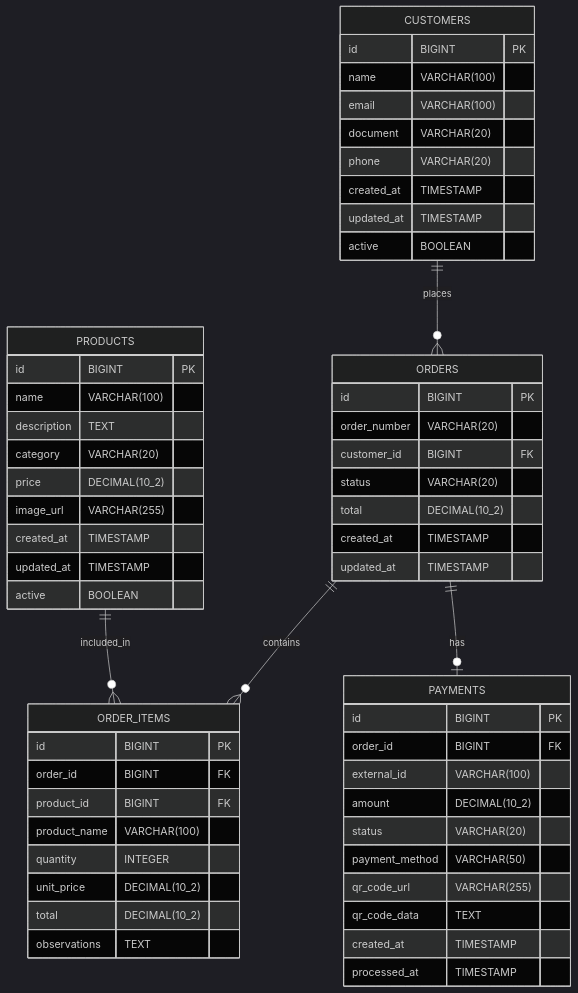
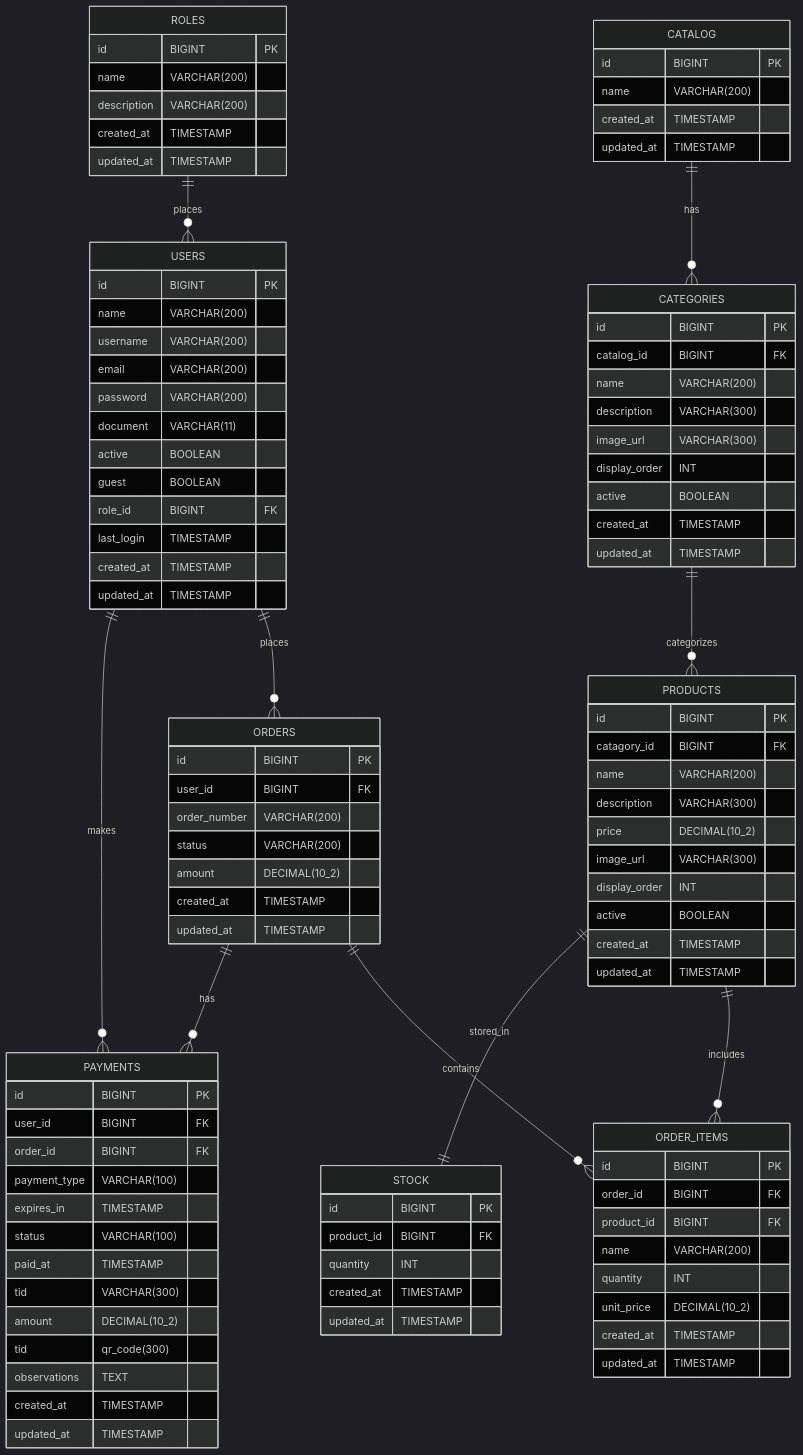
The ninth of 9 diagrams in README.md (FIAP-SOAT-TECH-TEAM/foodcore-api), drawn with Mermaid (dark theme) before and after one commit.

Commit message:
doc: corrige o MER

````diff
--- a/README.md
+++ b/README.md
@@ -721,39 +721,44 @@
 ```mermaid
 erDiagram
-    CUSTOMERS ||--o{ ORDERS : places
-    PRODUCTS ||--o{ ORDER_ITEMS : included_in
+    USERS ||--o{ ORDERS : places
+    USERS ||--o{ PAYMENTS : makes
+    ROLES ||--o{ USERS : places
     ORDERS ||--o{ ORDER_ITEMS : contains
-    ORDERS ||--o| PAYMENTS : has
+    PRODUCTS ||--o{ ORDER_ITEMS : includes
+    PRODUCTS ||--|| STOCK : stored_in
+    CATALOG ||--o{ CATEGORIES : has
+    CATEGORIES ||--o{ PRODUCTS : categorizes
+    ORDERS ||--o{ PAYMENTS : has
 
-    CUSTOMERS {
+    USERS {
         id BIGINT PK
-        name VARCHAR(100)
-        email VARCHAR(100)
-        document VARCHAR(20)
-        phone VARCHAR(20)
+        name VARCHAR(200)
+        username VARCHAR(200)
+        email VARCHAR(200)
+        password VARCHAR(200)
+        document VARCHAR(11)
+        active BOOLEAN
+        guest BOOLEAN
+        role_id BIGINT FK
+        last_login TIMESTAMP
         created_at TIMESTAMP
         updated_at TIMESTAMP
-        active BOOLEAN
     }
 
-    PRODUCTS {
+    ROLES {
         id BIGINT PK
-        name VARCHAR(100)
-        description TEXT
-        category VARCHAR(20)
-        price DECIMAL(10_2)
-        image_url VARCHAR(255)
+        name VARCHAR(200)
+        description VARCHAR(200)
         created_at TIMESTAMP
         updated_at TIMESTAMP
-        active BOOLEAN
     }
 
     ORDERS {
         id BIGINT PK
-        order_number VARCHAR(20)
-        customer_id BIGINT FK
-        status VARCHAR(20)
-        total DECIMAL(10_2)
+        user_id BIGINT FK
+        order_number VARCHAR(200)
+        status VARCHAR(200)
+        amount DECIMAL(10_2)
         created_at TIMESTAMP
         updated_at TIMESTAMP
     }
@@ -762,23 +767,66 @@
         id BIGINT PK
         order_id BIGINT FK
         product_id BIGINT FK
-        product_name VARCHAR(100)
-        quantity INTEGER
+        name VARCHAR(200)
+        quantity INT
         unit_price DECIMAL(10_2)
-        total DECIMAL(10_2)
-        observations TEXT
+        created_at TIMESTAMP
+        updated_at TIMESTAMP
+    }
+
+    CATALOG{
+        id BIGINT PK
+        name VARCHAR(200)
+        created_at TIMESTAMP
+        updated_at TIMESTAMP
+    }
+
+    CATEGORIES{
+        id BIGINT PK
+        catalog_id BIGINT FK
+        name VARCHAR(200)
+        description VARCHAR(300)
+        image_url VARCHAR(300)
+        display_order INT
+        active BOOLEAN
+        created_at TIMESTAMP
+        updated_at TIMESTAMP
+    }
+
+    PRODUCTS {
+        id BIGINT PK
+        catagory_id BIGINT FK
+        name VARCHAR(200)
+        description VARCHAR(300)
+        price DECIMAL(10_2)
+        image_url VARCHAR(300)
+        display_order INT
+        active BOOLEAN
+        created_at TIMESTAMP
+        updated_at TIMESTAMP
+    }
+
+    STOCK {
+        id BIGINT PK
+        product_id BIGINT FK
+        quantity INT
+        created_at TIMESTAMP
+        updated_at TIMESTAMP
     }
 
     PAYMENTS {
         id BIGINT PK
+        user_id BIGINT FK
         order_id BIGINT FK
-        external_id VARCHAR(100)
+        payment_type VARCHAR(100)
+        expires_in TIMESTAMP
+        status VARCHAR(100)
+        paid_at TIMESTAMP
+        tid VARCHAR(300)
         amount DECIMAL(10_2)
-        status VARCHAR(20)
-        payment_method VARCHAR(50)
-        qr_code_url VARCHAR(255)
-        qr_code_data TEXT
+        tid qr_code(300)
+        observations TEXT
         created_at TIMESTAMP
-        processed_at TIMESTAMP
+        updated_at TIMESTAMP
     }
 ```
````
